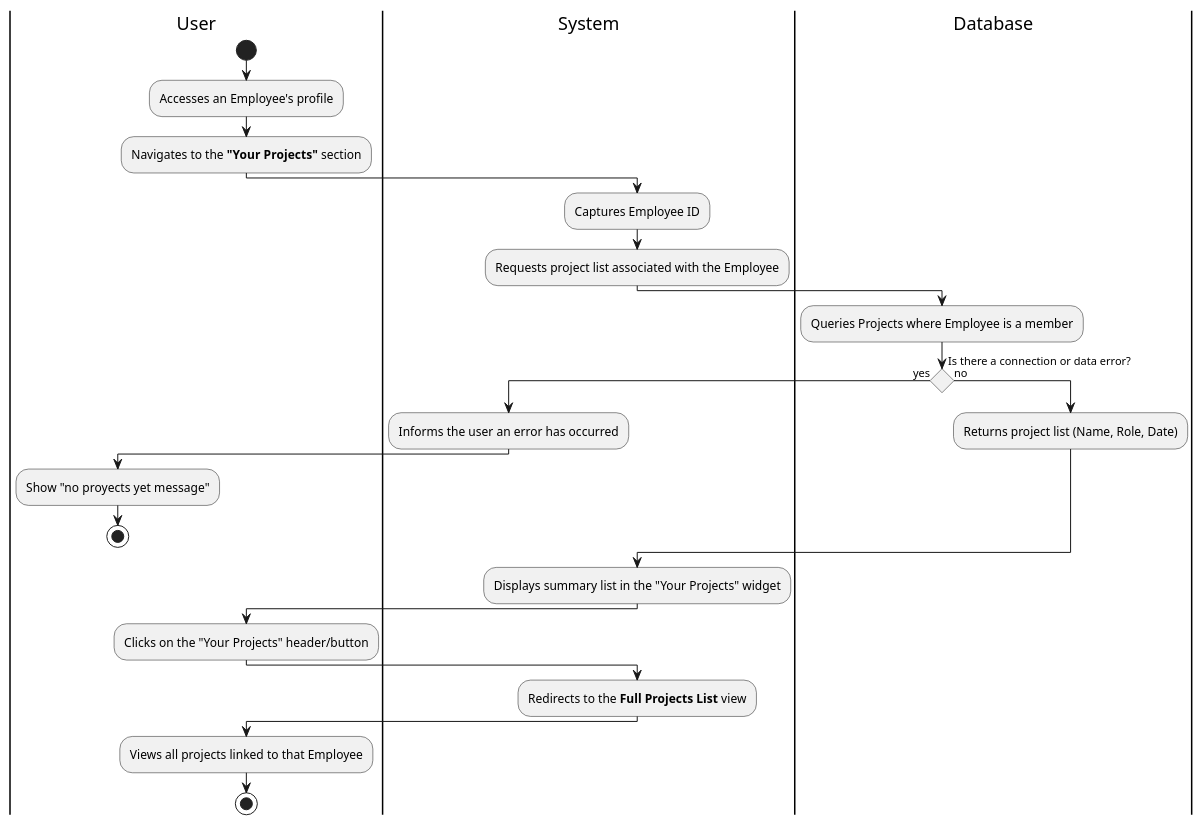
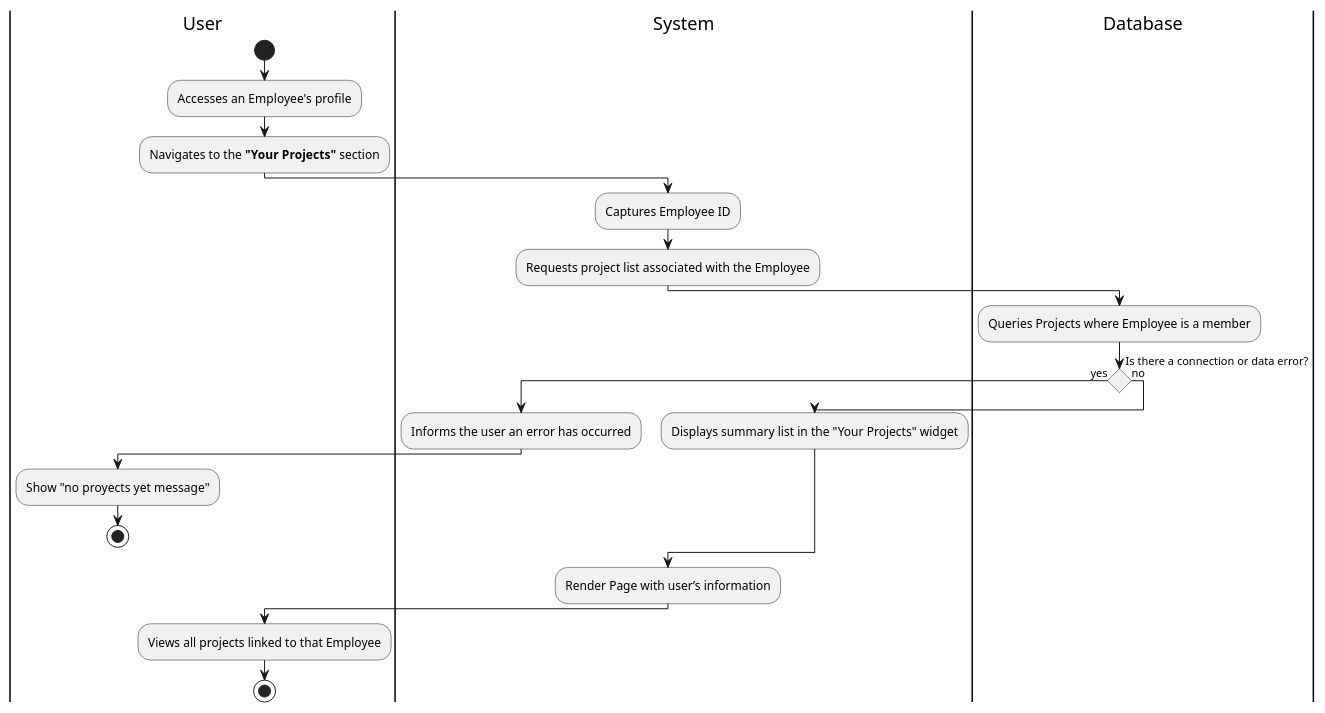
One commit to Berthou05/LimboSoftwareDevelopment_Change.org changed the diagram in documentation/activity_diagrams/EMP-05-ActivityDiagram.puml. Above: the diagram before and after it, drawn with PlantUML. The commit also changed 14 other files, not shown here.

Commit message:
Create Alex's Sequence Diagrams

```diff
--- a/documentation/activity_diagrams/EMP-05-ActivityDiagram.puml
+++ b/documentation/activity_diagrams/EMP-05-ActivityDiagram.puml
@@ -1,39 +1,33 @@
 @startuml
 skinparam conditionStyle diamond
 
 |User|
 start
 :Accesses an Employee's profile;
 :Navigates to the **"Your Projects"** section;
 
 |System|
 :Captures Employee ID;
 :Requests project list associated with the Employee;
 
 |Database|
 :Queries Projects where Employee is a member;
 if (Is there a connection or data error?) then (yes)
     |System|
     :Informs the user an error has occurred;
     |User|
     :Show "no proyects yet message";
     stop
 else (no)
-    |Database|
-    :Returns project list (Name, Role, Date);
+    |System|
+    :Displays summary list in the "Your Projects" widget;
 endif
 
 |System|
-:Displays summary list in the "Your Projects" widget;
-
-|User|
-:Clicks on the "Your Projects" header/button;
-
-|System|
-:Redirects to the **Full Projects List** view;
+:Render Page with user’s information;
 
 |User|
 :Views all projects linked to that Employee;
 
 stop
 @enduml
```
